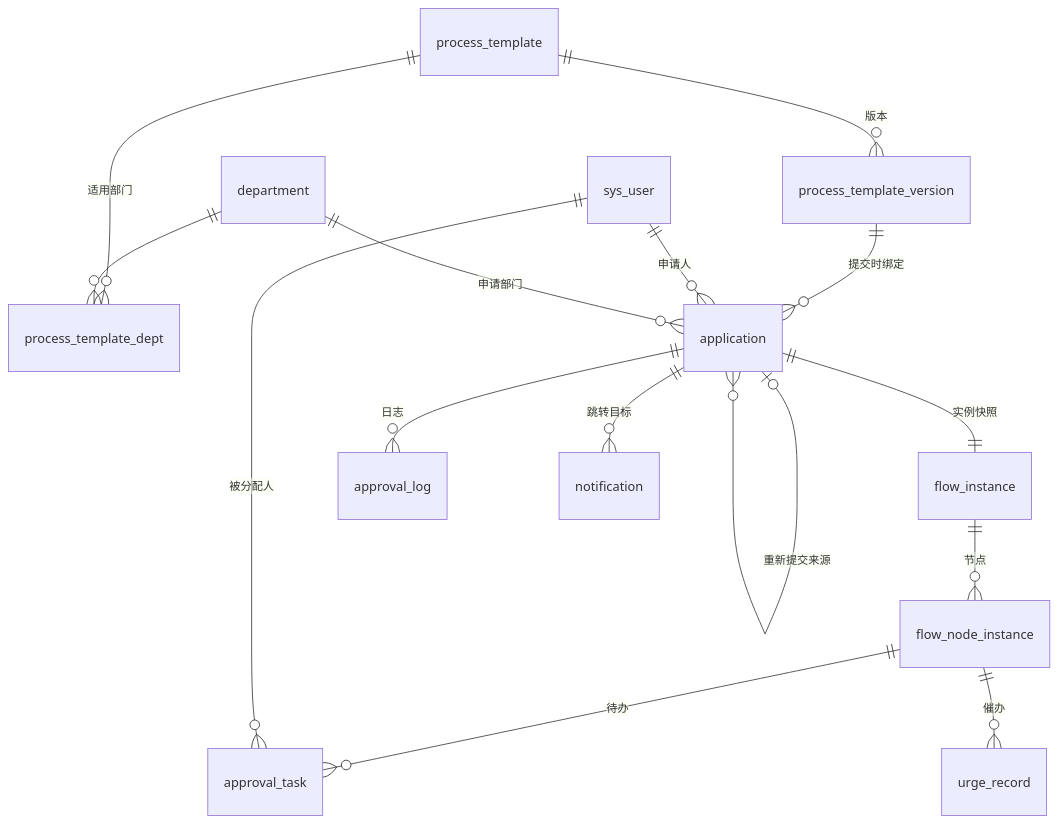
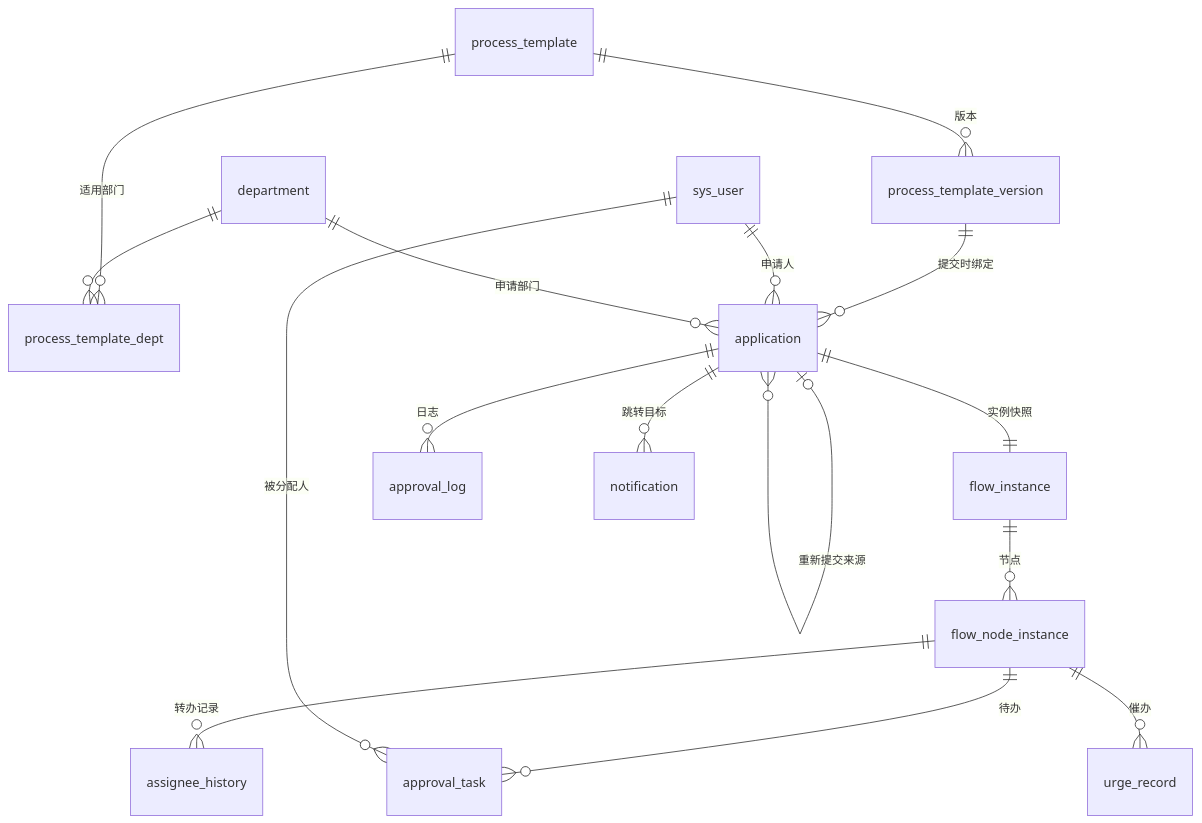
Before and after one commit to spnotold/enterprise-approval-system: the second of 9 diagrams in docs/design_document.md, drawn with Mermaid. The commit also changed other lines of this file and 8 other files, not shown here.

````diff
--- a/docs/design_document.md
+++ b/docs/design_document.md
@@ -166,17 +192,18 @@
 ```mermaid
 erDiagram
   process_template ||--o{ process_template_version : "版本"
   process_template ||--o{ process_template_dept : "适用部门"
   department ||--o{ process_template_dept : ""
   process_template_version ||--o{ application : "提交时绑定"
   sys_user ||--o{ application : "申请人"
   department ||--o{ application : "申请部门"
   application |o--o{ application : "重新提交来源"
   application ||--|| flow_instance : "实例快照"
   flow_instance ||--o{ flow_node_instance : "节点"
   flow_node_instance ||--o{ approval_task : "待办"
+  flow_node_instance ||--o{ assignee_history : "转办记录"
   sys_user ||--o{ approval_task : "被分配人"
   application ||--o{ approval_log : "日志"
   flow_node_instance ||--o{ urge_record : "催办"
   application ||--o{ notification : "跳转目标"
 ```
````
